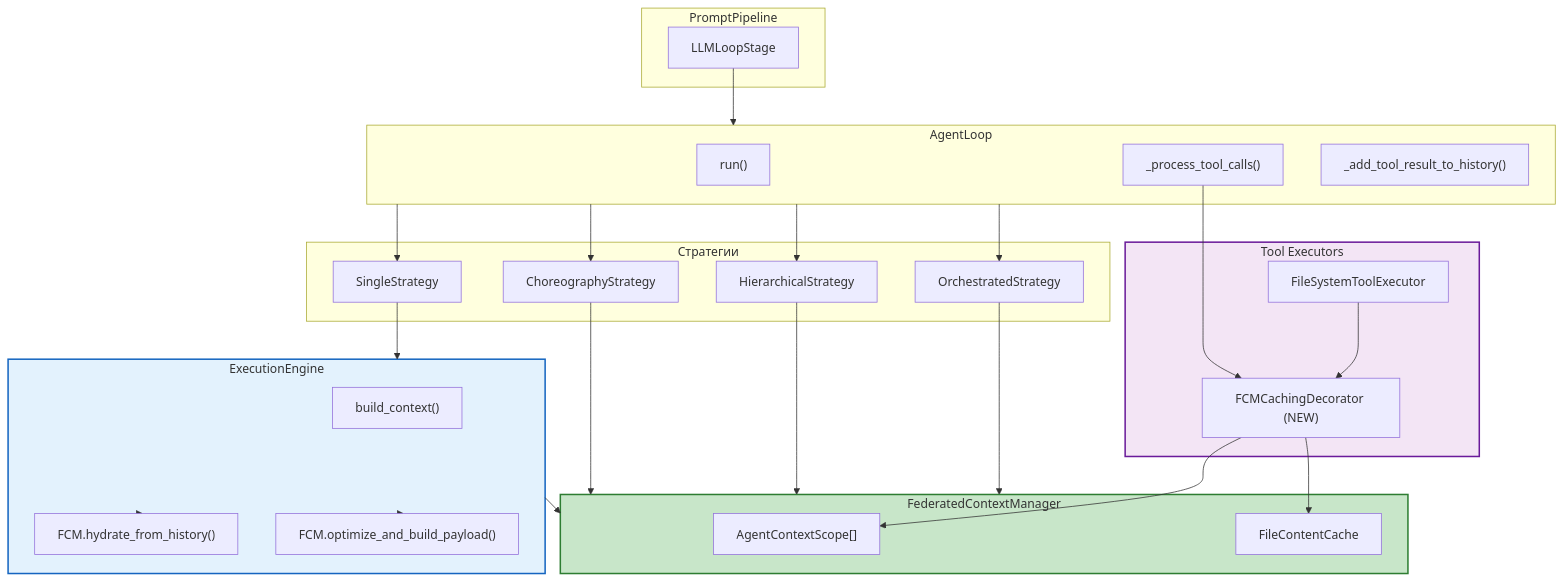
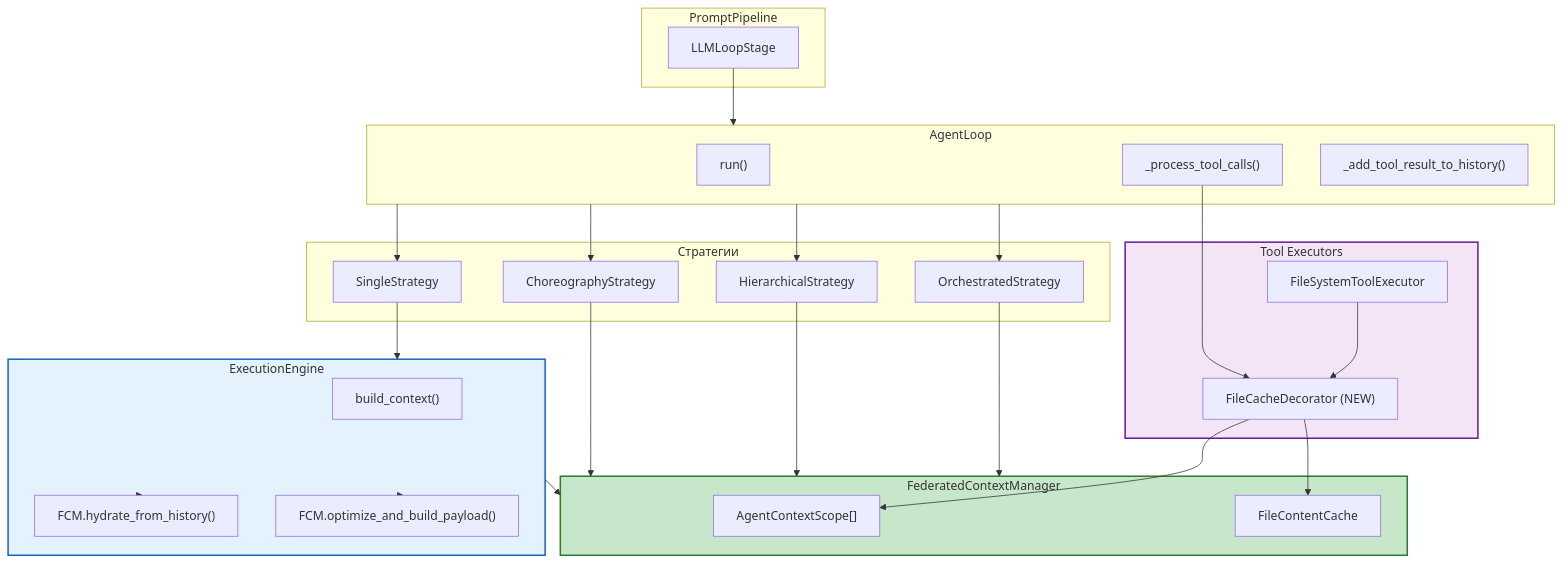
The first of 21 diagrams in doc/internals/architecture/fcm/AGENT_LOOP_INTEGRATION.md (pese-git/codelab-agent), drawn with Mermaid before and after one commit. The commit also changed other lines of this file and 6 other files, not shown here.

````diff
--- a/doc/internals/architecture/fcm/AGENT_LOOP_INTEGRATION.md
+++ b/doc/internals/architecture/fcm/AGENT_LOOP_INTEGRATION.md
@@ -29,59 +29,59 @@
 ```mermaid
 graph TB
     subgraph Pipeline["PromptPipeline"]
         LLMLoop["LLMLoopStage"]
     end
     
     subgraph AgentLoop["AgentLoop"]
         Run["run()"]
         Process["_process_tool_calls()"]
         AddHistory["_add_tool_result_to_history()"]
     end
     
     subgraph Strategies["Стратегии"]
         Single["SingleStrategy"]
         Orch["OrchestratedStrategy"]
         Hier["HierarchicalStrategy"]
         Chor["ChoreographyStrategy"]
     end
     
     subgraph Engine["ExecutionEngine"]
         BuildCtx["build_context()"]
         HydrateHist["FCM.hydrate_from_history()"]
         OptimizePay["FCM.optimize_and_build_payload()"]
     end
     
     subgraph FCM["FederatedContextManager"]
         Scopes["AgentContextScope[]"]
         FileCache["FileContentCache"]
     end
     
     subgraph Executors["Tool Executors"]
         FSExec["FileSystemToolExecutor"]
-        FCMDecorator["FCMCachingDecorator (NEW)"]
+        FCMDecorator["FileCacheDecorator (NEW)"]
         FSExec --> FCMDecorator
     end
 
     LLMLoop --> AgentLoop
     AgentLoop --> Single
     AgentLoop --> Orch
     AgentLoop --> Hier
     AgentLoop --> Chor
     
     Single --> Engine
     Orch --> FCM
     Hier --> FCM
     Chor --> FCM
     
     Engine --> FCM
     Engine --> HydrateHist
     Engine --> OptimizePay
     
     Process --> FCMDecorator
     FCMDecorator --> FileCache
     FCMDecorator --> Scopes
     
     style FCM fill:#c8e6c9,stroke:#2e7d32,stroke-width:2px
     style Engine fill:#e3f2fd,stroke:#1565c0,stroke-width:2px
     style Executors fill:#f3e5f5,stroke:#6a1b9a,stroke-width:2px
 ```
````
